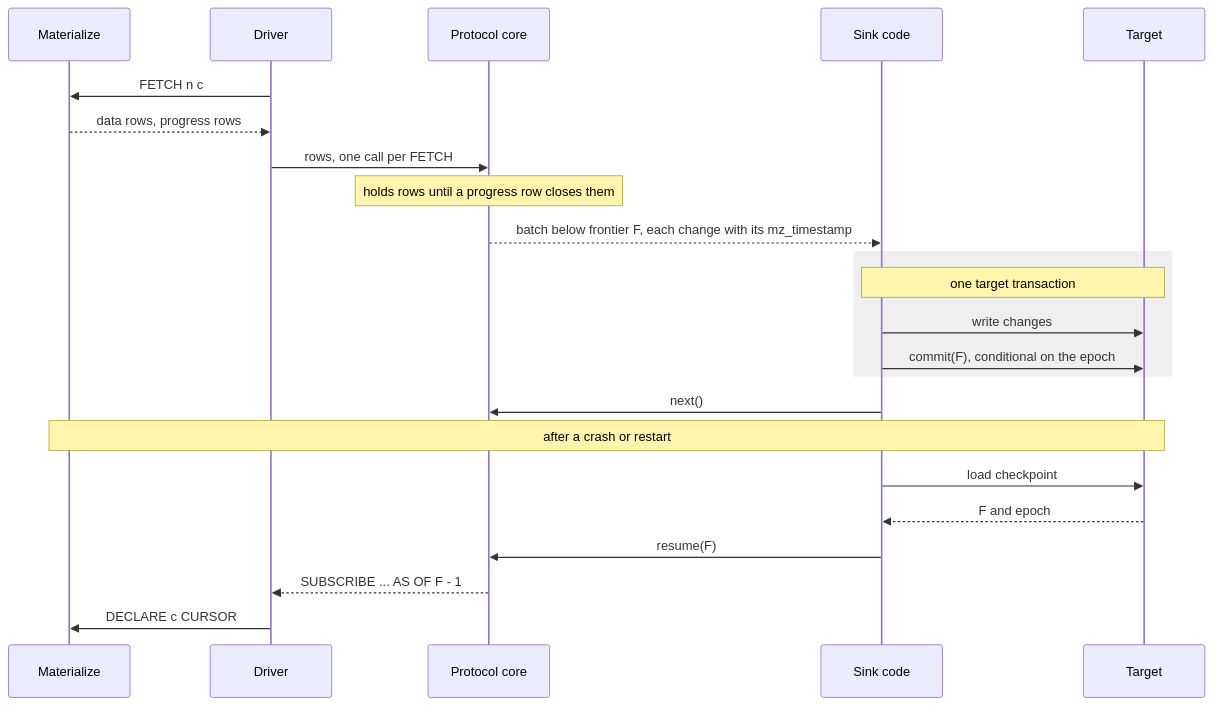
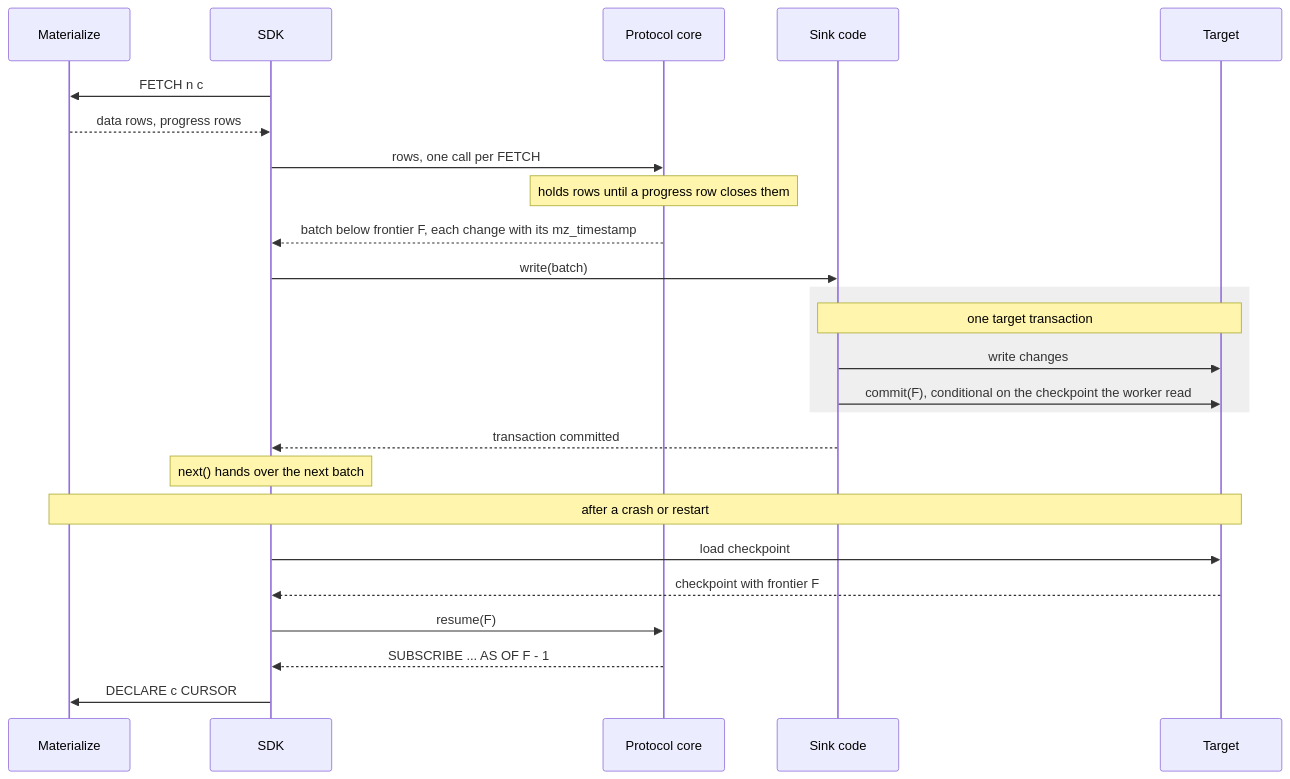
The diagram in doc/developer/design/20260706_materialize_sdk.md (MaterializeInc/materialize), drawn with Mermaid before and after one commit. The commit also changed other lines of this file, not shown here.

Commit message:
design: Answer review on checkpoint stores, the sink loop, and turbopuffer recovery

````diff
--- a/doc/developer/design/20260706_materialize_sdk.md
+++ b/doc/developer/design/20260706_materialize_sdk.md
@@ -293,25 +317,27 @@
 ```mermaid
 sequenceDiagram
     participant M as Materialize
-    participant D as Driver
+    participant D as SDK
     participant C as Protocol core
     participant S as Sink code
     participant T as Target
     D->>M: FETCH n c
     M-->>D: data rows, progress rows
     D->>C: rows, one call per FETCH
     Note over C: holds rows until a progress row closes them
-    C-->>S: batch below frontier F, each change with its mz_timestamp
+    C-->>D: batch below frontier F, each change with its mz_timestamp
+    D->>S: write(batch)
     rect rgba(127, 127, 127, 0.12)
         Note over S,T: one target transaction
         S->>T: write changes
-        S->>T: commit(F), conditional on the epoch
+        S->>T: commit(F), conditional on the checkpoint the worker read
     end
-    S->>C: next()
+    S-->>D: transaction committed
+    Note over D: next() hands over the next batch
     Note over M,T: after a crash or restart
-    S->>T: load checkpoint
-    T-->>S: F and epoch
-    S->>C: resume(F)
+    D->>T: load checkpoint
+    T-->>D: checkpoint with frontier F
+    D->>C: resume(F)
     C-->>D: SUBSCRIBE ... AS OF F - 1
     D->>M: DECLARE c CURSOR
 ```
````
